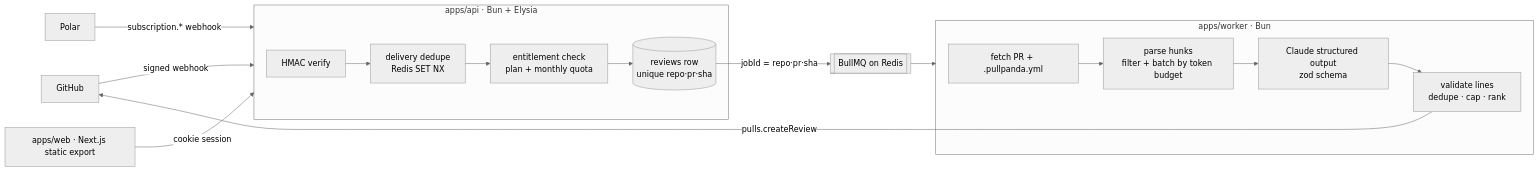
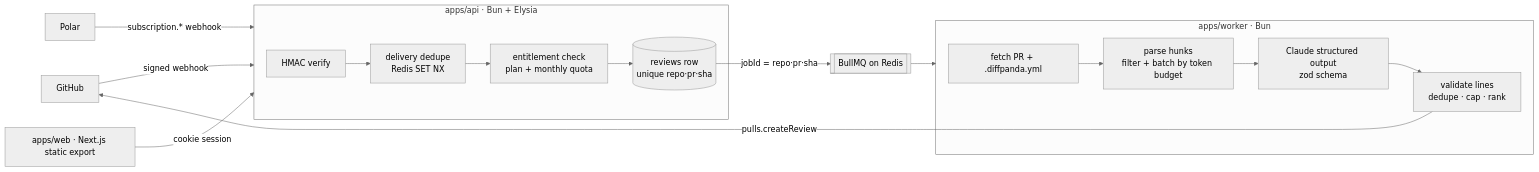
One commit to sharibkabani/PullPanda changed the diagram in README.md. Above: the diagram before and after it, drawn with Mermaid (neutral theme). The commit also changed other lines of this file and 32 other files, not shown here.

````diff
--- a/README.md
+++ b/README.md
@@ -7,15 +7,15 @@
 ```mermaid
 flowchart LR
   GH[GitHub] -- "signed webhook" --> API
   subgraph API["apps/api · Bun + Elysia"]
     V[HMAC verify] --> D[delivery dedupe<br/>Redis SET NX] --> E[entitlement check<br/>plan + monthly quota] --> R[(reviews row<br/>unique repo·pr·sha)]
   end
   R -- "jobId = repo·pr·sha" --> Q[[BullMQ on Redis]]
   Q --> W
   subgraph W["apps/worker · Bun"]
-    F[fetch PR + .pullpanda.yml] --> P[parse hunks<br/>filter + batch by token budget] --> L[Claude structured output<br/>zod schema] --> X[validate lines<br/>dedupe · cap · rank]
+    F[fetch PR + .diffpanda.yml] --> P[parse hunks<br/>filter + batch by token budget] --> L[Claude structured output<br/>zod schema] --> X[validate lines<br/>dedupe · cap · rank]
   end
   X -- "pulls.createReview" --> GH
   Polar -- "subscription.* webhook" --> API
   Web["apps/web · Next.js static export"] -- "cookie session" --> API
 ```
````
